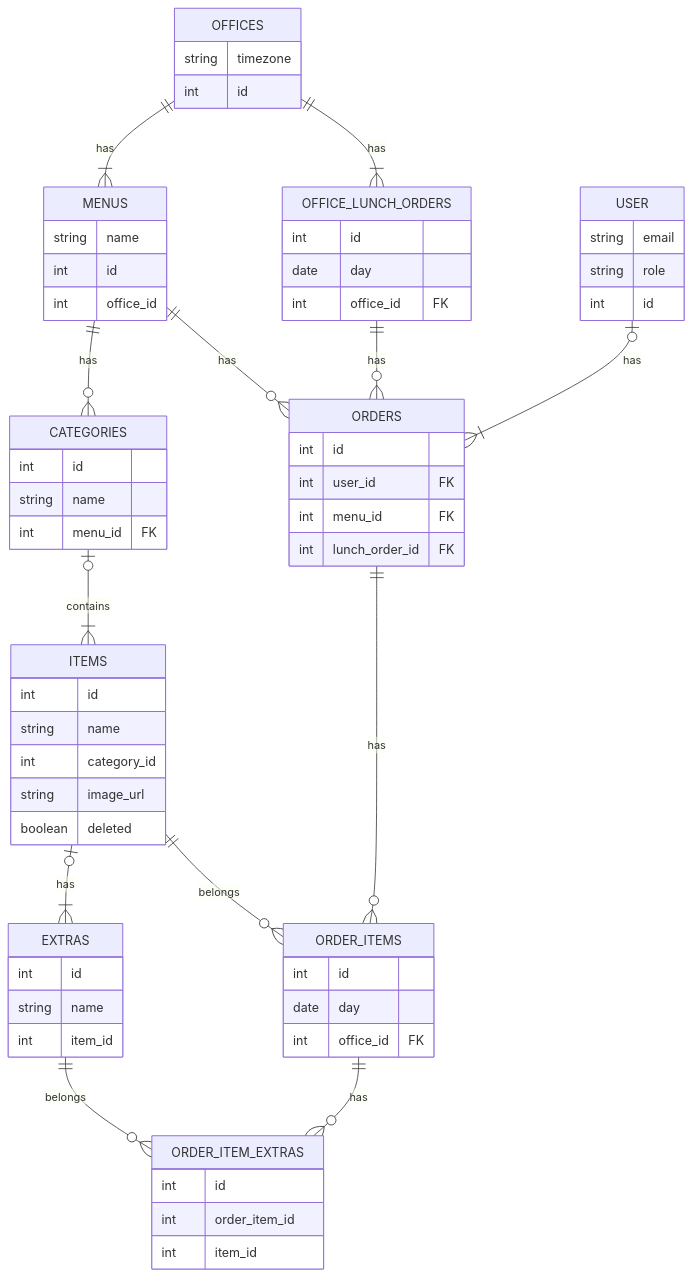
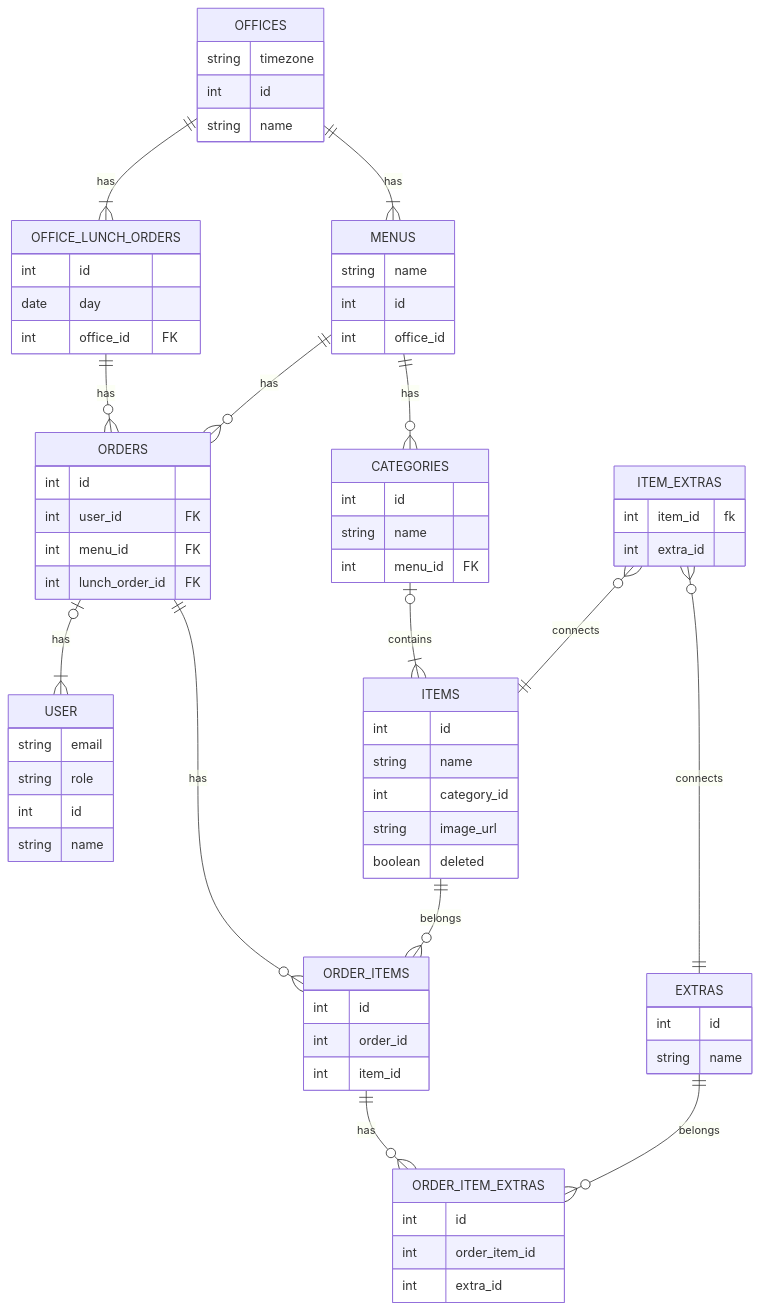
The diagram in README_Lunchbot.md (mojotech/lunchbot), drawn with Mermaid before and after one commit.

Commit message:
chore: Updated data model

````diff
--- a/README_Lunchbot.md
+++ b/README_Lunchbot.md
@@ -5,67 +5,73 @@
 ```mermaid
   erDiagram
     MENUS ||--o{ CATEGORIES : has
     MENUS ||--o{ ORDERS : has
     MENUS {
         string name
         int id
         int office_id
     }
     OFFICE_LUNCH_ORDERS ||--o{ ORDERS : has
     OFFICE_LUNCH_ORDERS {
         int id
         date day
         int office_id FK
     }
-    USER |o--|{ ORDERS: has
     USER {
       string email
       string role
       int id
+      string name
     }
     ORDERS {
       int id
       int user_id FK
       int menu_id FK
       int lunch_order_id FK
     }
-    ITEMS |o--|{ EXTRAS: has
     ITEMS ||--o{ ORDER_ITEMS : belongs
     ORDER_ITEMS ||--o{ ORDER_ITEM_EXTRAS : has
     ORDER_ITEMS {
         int id
-        date day
-        int office_id FK
+        int order_id
+        int item_id
     }
     OFFICES ||--|{ MENUS: has
     OFFICES ||--|{ OFFICE_LUNCH_ORDERS: has
     OFFICES {
       string timezone
       int id
+      string name
     }
     CATEGORIES |o--|{ ITEMS: contains
     CATEGORIES {
       int id
       string name
       int menu_id FK
     }
+    ITEM_EXTRAS }o--|| EXTRAS: connects
+    ITEM_EXTRAS }o--|| ITEMS: connects
     ORDERS ||--o{ ORDER_ITEMS : has
     EXTRAS ||--o{ ORDER_ITEM_EXTRAS: belongs
+    ORDERS |o--|{ USER: has
     ITEMS {
       int id
       string name
       int category_id
       string image_url
       boolean deleted
     }
     ORDER_ITEM_EXTRAS {
       int id
       int order_item_id
-      int item_id
+      int extra_id
     }
     EXTRAS {
       int id
       string name
-      int item_id
+    }
+    ITEM_EXTRAS{
+      int item_id fk
+      int extra_id
     }
 ```
````
